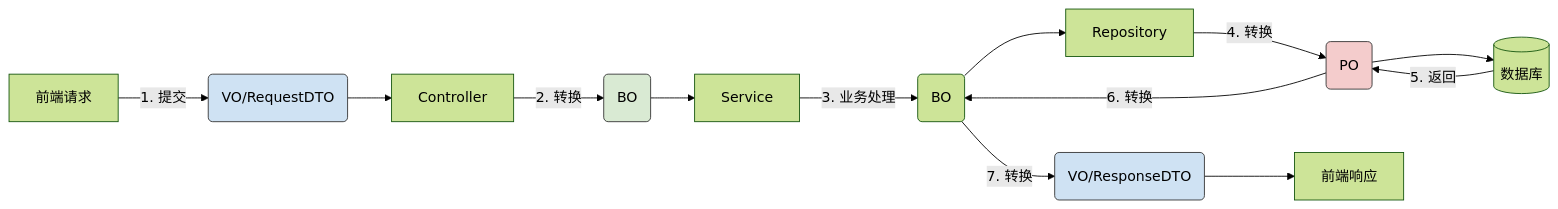
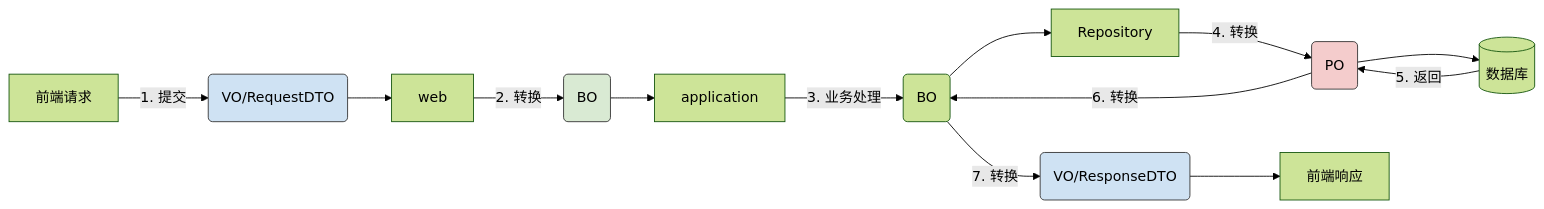
One commit to edisonwd/myblog changed the second of 4 diagrams in docs/springboot/springboot项目中 PO BO VO DTO POJO DAO概念及其作用（附转换图）.md. Above: the diagram before and after it, drawn with Mermaid (forest theme). The commit also changed other lines of this file, not shown here.

Commit message:
Update springboot项目中 PO BO VO DTO POJO DAO概念及其作用（附转换图）.md

````diff
--- a/docs/springboot/springboot项目中 PO BO VO DTO POJO DAO概念及其作用（附转换图）.md
+++ b/docs/springboot/springboot项目中 PO BO VO DTO POJO DAO概念及其作用（附转换图）.md
@@ -175,20 +175,20 @@
 ```mermaid
 graph LR
     A[前端请求] -->|1. 提交| B(VO/RequestDTO)
-    B --> C[Controller]
+    B --> C[web]
     C -->|2. 转换| D(BO)
-    D --> E[Service]
+    D --> E[application]
     E -->|3. 业务处理| F(BO)
     F --> G[Repository]
     G -->|4. 转换| H(PO)
     H --> I[(数据库)]
     I -->|5. 返回| H
     H -->|6. 转换| F
     F -->|7. 转换| J(VO/ResponseDTO)
     J --> K[前端响应]
     
     style B fill:#cfe2f3,stroke:#333
     style D fill:#d9ead3,stroke:#333
     style H fill:#f4cccc,stroke:#333
     style J fill:#cfe2f3,stroke:#333
 ```
````
